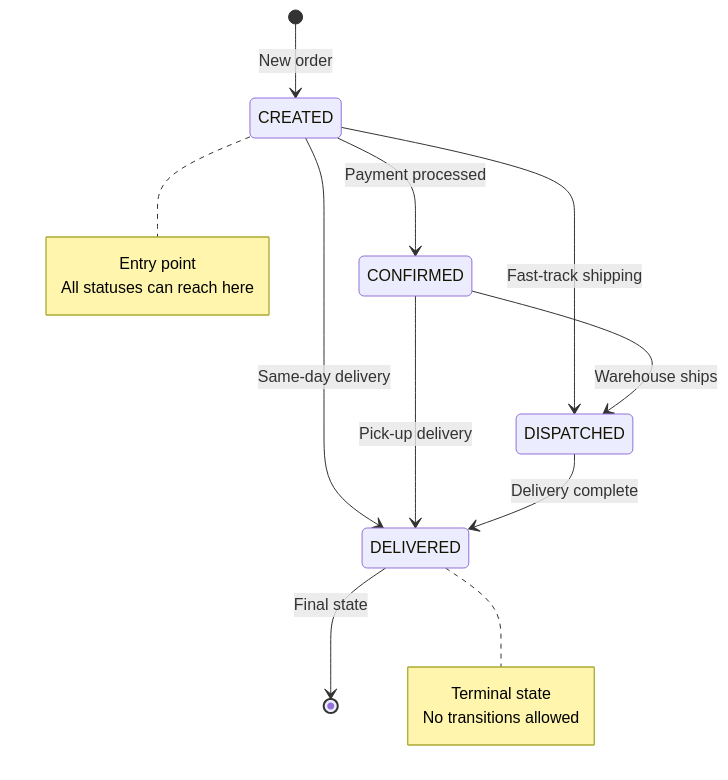
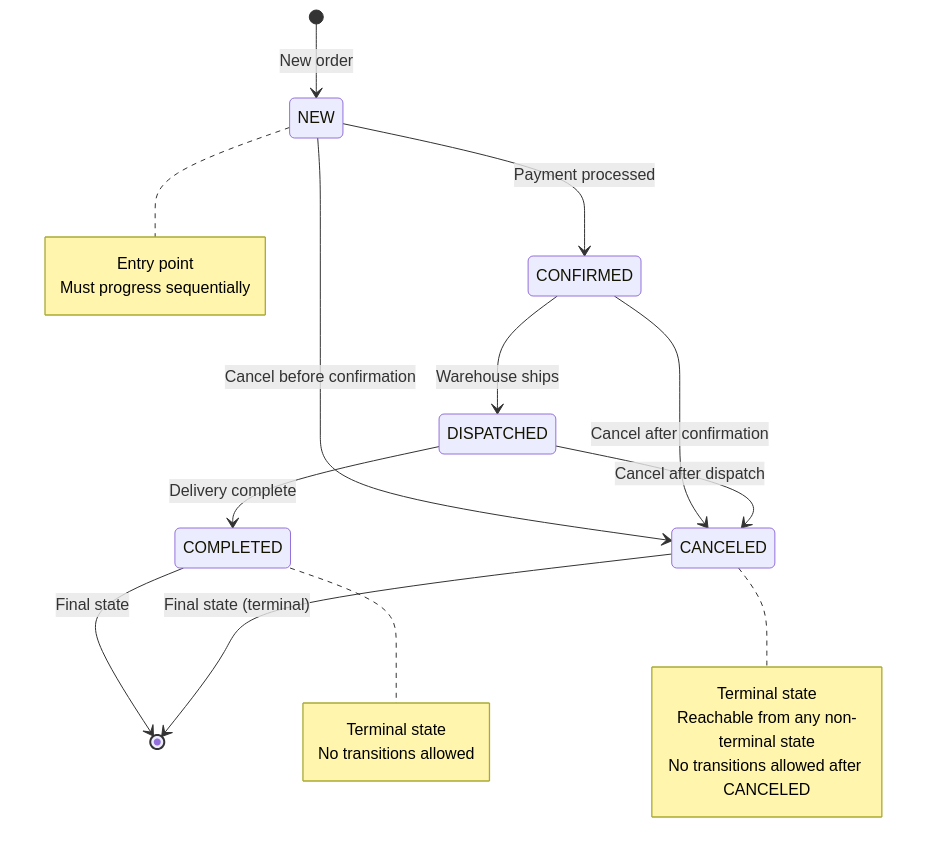
The third of 6 diagrams in consumer/docs/ERRORS.md (y0ncha/E-commerce), drawn with Mermaid before and after one commit. The commit also changed other lines of this file and 1 other file, not shown here.

````diff
--- a/consumer/docs/ERRORS.md
+++ b/consumer/docs/ERRORS.md
@@ -195,24 +250,30 @@
 ```mermaid
 stateDiagram-v2
-    [*] --> CREATED: New order
-    CREATED --> CONFIRMED: Payment processed
-    CREATED --> DISPATCHED: Fast-track shipping
-    CREATED --> DELIVERED: Same-day delivery
+    [*] --> NEW: New order
+    NEW --> CONFIRMED: Payment processed
+    CONFIRMED --> DISPATCHED: Warehouse ships
+    DISPATCHED --> COMPLETED: Delivery complete
     
-    CONFIRMED --> DISPATCHED: Warehouse ships
-    CONFIRMED --> DELIVERED: Pick-up delivery
+    NEW --> CANCELED: Cancel before confirmation
+    CONFIRMED --> CANCELED: Cancel after confirmation
+    DISPATCHED --> CANCELED: Cancel after dispatch
     
-    DISPATCHED --> DELIVERED: Delivery complete
+    COMPLETED --> [*]: Final state
+    CANCELED --> [*]: Final state (terminal)
     
-    DELIVERED --> [*]: Final state
-    
-    note right of CREATED
+    note right of NEW
         Entry point
-        All statuses can reach here
+        Must progress sequentially
     end note
     
-    note right of DELIVERED
+    note right of COMPLETED
         Terminal state
         No transitions allowed
     end note
+    
+    note right of CANCELED
+        Terminal state
+        Reachable from any non-terminal state
+        No transitions allowed after CANCELED
+    end note
 ```
````
